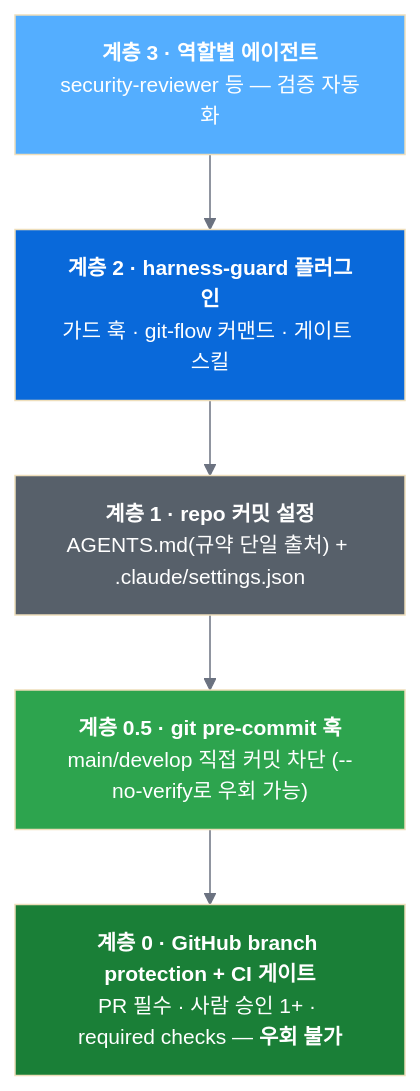
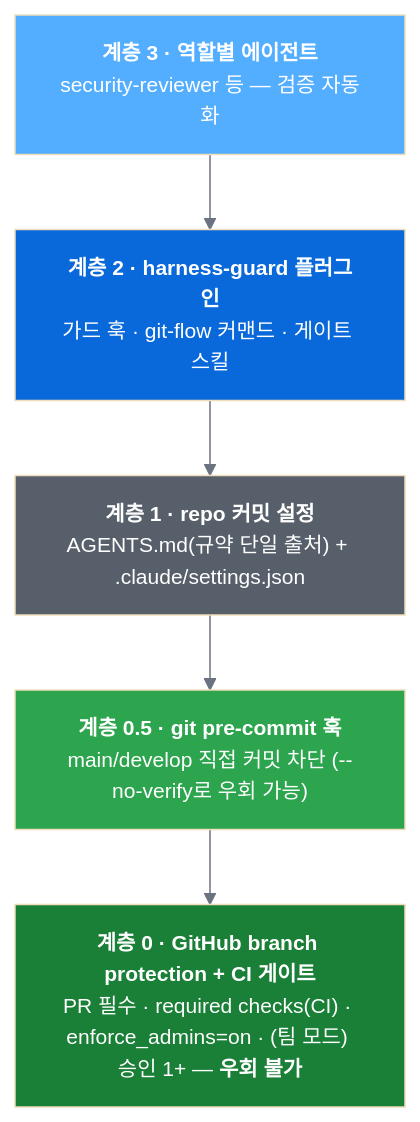
The first of 2 diagrams in README.md (grinvi04/team-harness), drawn with Mermaid before and after one commit. The commit also changed other lines of this file and 8 other files, not shown here.

First line of the commit message:
docs: 솔로 표준 문서 역반영 — 승인0·enforce_admins=on·public 드리프트 정리 (감사 T1, P3)

````diff
--- a/README.md
+++ b/README.md
@@ -66,17 +66,17 @@
 ```mermaid
 %%{init: {'theme': 'base', 'themeVariables': {'lineColor': '#6b7280', 'background': '#f8fafc', 'mainBkg': '#f8fafc', 'fontSize': '14px'}}}%%
 flowchart TD
     L3["<b>계층 3 · 역할별 에이전트</b><br/>security-reviewer 등 — 검증 자동화"]
     L2["<b>계층 2 · harness-guard 플러그인</b><br/>가드 훅 · git-flow 커맨드 · 게이트 스킬"]
     L1["<b>계층 1 · repo 커밋 설정</b><br/>AGENTS.md(규약 단일 출처) + .claude/settings.json"]
     L05["<b>계층 0.5 · git pre-commit 훅</b><br/>main/develop 직접 커밋 차단 (--no-verify로 우회 가능)"]
-    L0["<b>계층 0 · GitHub branch protection + CI 게이트</b><br/>PR 필수 · 사람 승인 1+ · required checks — <b>우회 불가</b>"]
+    L0["<b>계층 0 · GitHub branch protection + CI 게이트</b><br/>PR 필수 · required checks(CI) · enforce_admins=on · (팀 모드) 승인 1+ — <b>우회 불가</b>"]
 
     L3 --> L2 --> L1 --> L05 --> L0
 
     style L0 fill:#1a7f37,color:#fff
     style L05 fill:#2da44e,color:#fff
     style L1 fill:#57606a,color:#fff
     style L2 fill:#0969da,color:#fff
     style L3 fill:#54aeff,color:#fff
 ```
````
